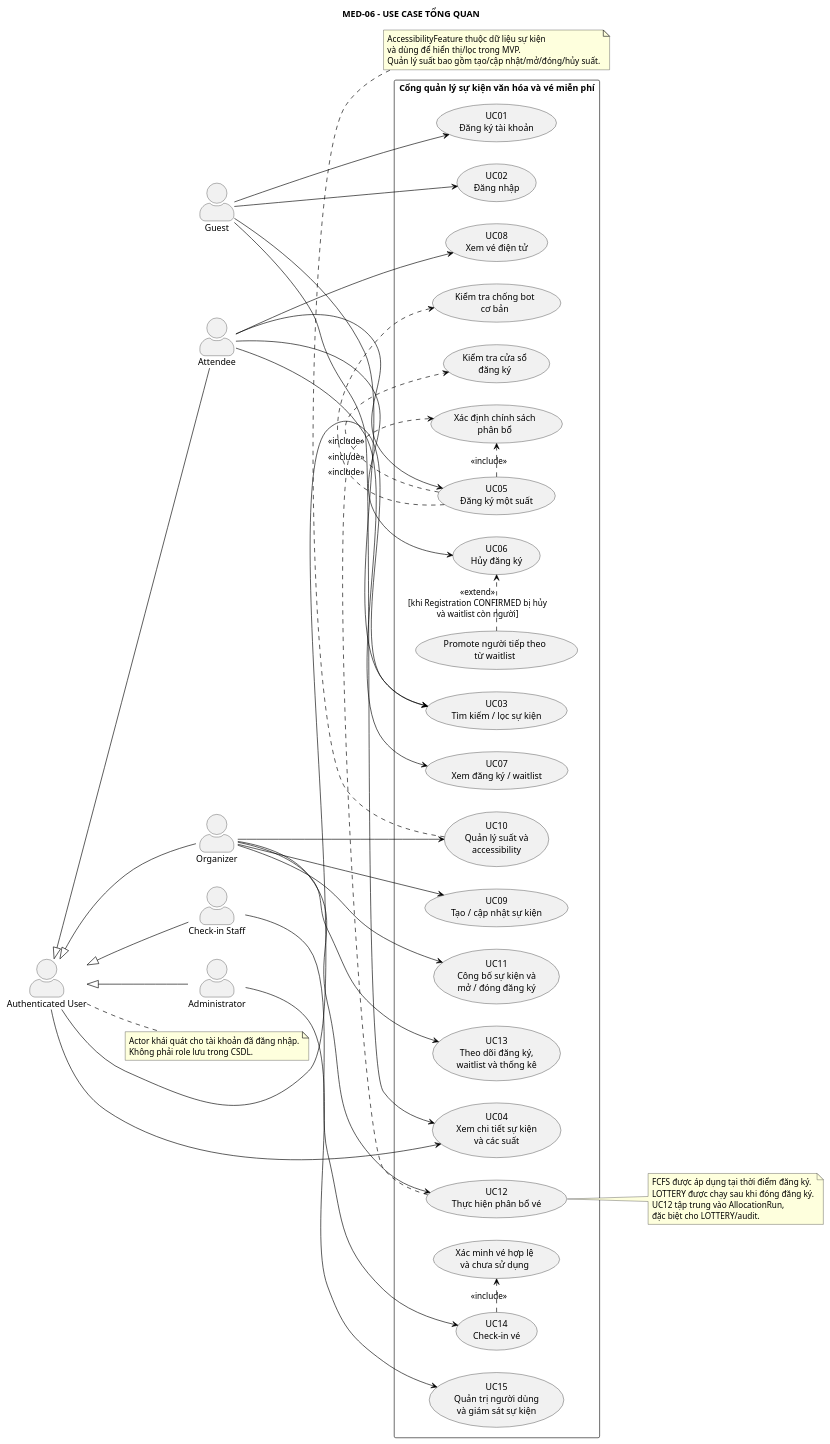
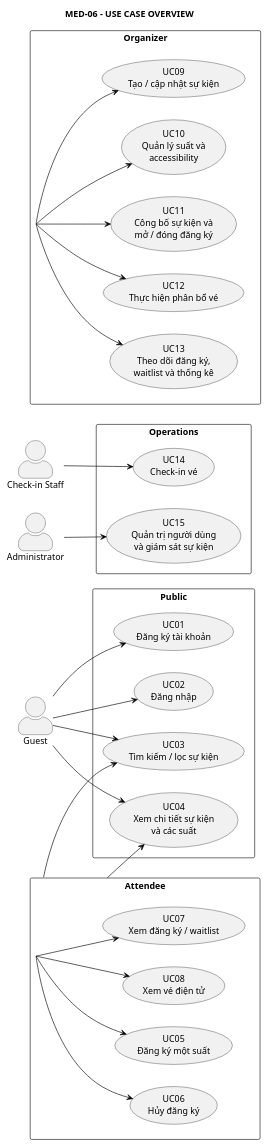
The diagram in PTTK/01_Actor_UseCase/01-use-case-overview.puml (anh632k-ui/OOP-DoAn), drawn with PlantUML before and after one commit.

Commit message:
refactor(pttk): simplify use case overview layout

```diff
--- a/PTTK/01_Actor_UseCase/01-use-case-overview.puml
+++ b/PTTK/01_Actor_UseCase/01-use-case-overview.puml
@@ -1,100 +1,67 @@
 @startuml
 left to right direction
-skinparam packageStyle rectangle
 skinparam shadowing false
 skinparam actorStyle awesome
+skinparam packageStyle rectangle
 skinparam usecase {
   BorderColor Black
   ArrowColor Black
 }
 
-title MED-06 - USE CASE TỔNG QUAN
+title MED-06 - USE CASE OVERVIEW
 
 actor Guest
-actor "Authenticated User" as AuthUser
 actor Attendee
 actor Organizer
 actor "Check-in Staff" as Staff
 actor Administrator as Admin
 
-AuthUser <|-- Attendee
-AuthUser <|-- Organizer
-AuthUser <|-- Staff
-AuthUser <|-- Admin
-
-rectangle "Cổng quản lý sự kiện văn hóa và vé miễn phí" {
+rectangle "Public" {
   usecase "UC01\nĐăng ký tài khoản" as UC01
   usecase "UC02\nĐăng nhập" as UC02
   usecase "UC03\nTìm kiếm / lọc sự kiện" as UC03
   usecase "UC04\nXem chi tiết sự kiện\nvà các suất" as UC04
+}
 
+rectangle "Attendee" {
   usecase "UC05\nĐăng ký một suất" as UC05
-  usecase "Kiểm tra chống bot\ncơ bản" as INC_BOT
-  usecase "Kiểm tra cửa sổ\nđăng ký" as INC_WINDOW
-  usecase "Xác định chính sách\nphân bổ" as INC_POLICY
-
   usecase "UC06\nHủy đăng ký" as UC06
-  usecase "Promote người tiếp theo\ntừ waitlist" as INC_PROMOTE
-
   usecase "UC07\nXem đăng ký / waitlist" as UC07
   usecase "UC08\nXem vé điện tử" as UC08
+}
 
+rectangle "Organizer" {
   usecase "UC09\nTạo / cập nhật sự kiện" as UC09
   usecase "UC10\nQuản lý suất và\naccessibility" as UC10
   usecase "UC11\nCông bố sự kiện và\nmở / đóng đăng ký" as UC11
   usecase "UC12\nThực hiện phân bổ vé" as UC12
   usecase "UC13\nTheo dõi đăng ký,\nwaitlist và thống kê" as UC13
+}
 
+rectangle "Operations" {
   usecase "UC14\nCheck-in vé" as UC14
-  usecase "Xác minh vé hợp lệ\nvà chưa sử dụng" as INC_VALIDATE_TICKET
-
   usecase "UC15\nQuản trị người dùng\nvà giám sát sự kiện" as UC15
 }
 
 Guest --> UC01
 Guest --> UC02
 Guest --> UC03
 Guest --> UC04
-AuthUser --> UC03
-AuthUser --> UC04
 
+Attendee --> UC03
+Attendee --> UC04
 Attendee --> UC05
 Attendee --> UC06
 Attendee --> UC07
 Attendee --> UC08
 
 Organizer --> UC09
 Organizer --> UC10
 Organizer --> UC11
 Organizer --> UC12
 Organizer --> UC13
 
 Staff --> UC14
 Admin --> UC15
 
-UC05 .> INC_BOT : <<include>>
-UC05 .> INC_WINDOW : <<include>>
-UC05 .> INC_POLICY : <<include>>
-INC_PROMOTE .> UC06 : <<extend>>\n[khi Registration CONFIRMED bị hủy\nvà waitlist còn người]
-UC12 .> INC_POLICY : <<include>>
-UC14 .> INC_VALIDATE_TICKET : <<include>>
-
-note right of AuthUser
-Actor khái quát cho tài khoản đã đăng nhập.
-Không phải role lưu trong CSDL.
-end note
-
-note right of UC12
-FCFS được áp dụng tại thời điểm đăng ký.
-LOTTERY được chạy sau khi đóng đăng ký.
-UC12 tập trung vào AllocationRun,
-đặc biệt cho LOTTERY/audit.
-end note
-
-note bottom of UC10
-AccessibilityFeature thuộc dữ liệu sự kiện
-và dùng để hiển thị/lọc trong MVP.
-Quản lý suất bao gồm tạo/cập nhật/mở/đóng/hủy suất.
-end note
-
 @enduml
```
